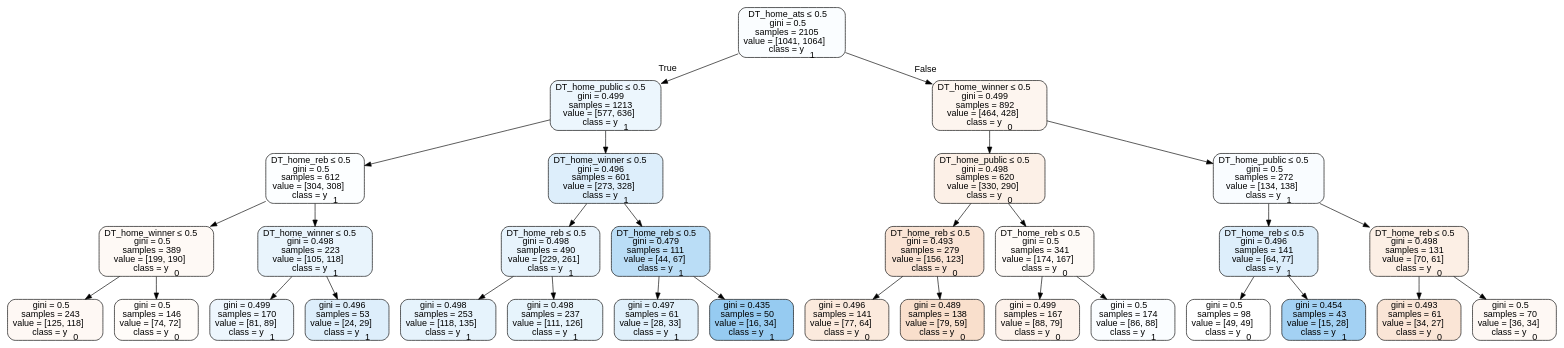
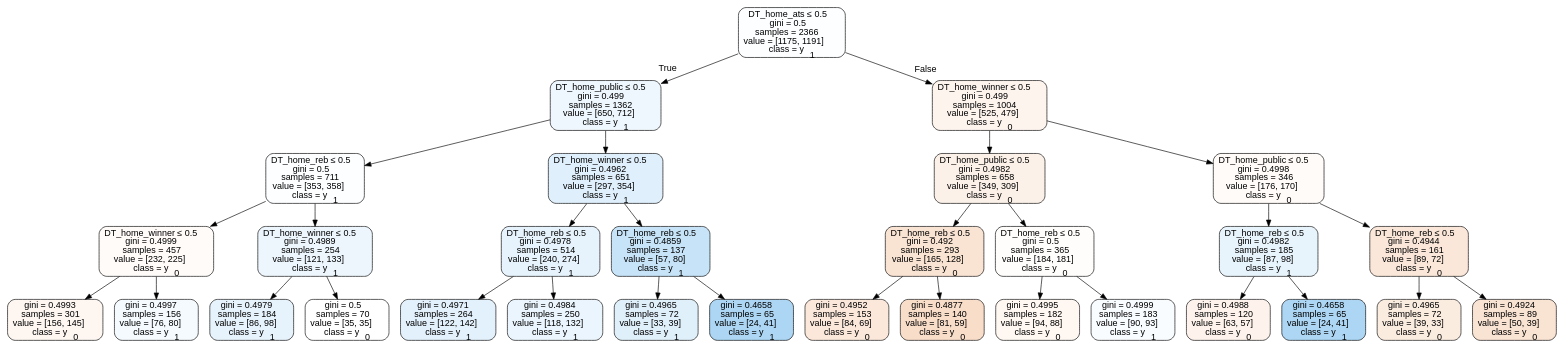
The diagram in Basketball/data/trees/tree2017neutral.dot (usbogie/ncaa-bets), drawn with Graphviz before and after one commit. The commit also changed 47 other files, not shown here.

```diff
--- a/Basketball/data/trees/tree2017neutral.dot
+++ b/Basketball/data/trees/tree2017neutral.dot
@@ -1,65 +1,65 @@
 digraph Tree {
 node [shape=box, style="filled, rounded", color="black", fontname=helvetica] ;
 edge [fontname=helvetica] ;
-0 [label=<DT_home_ats &le; 0.5<br/>gini = 0.5<br/>samples = 2105<br/>value = [1041, 1064]<br/>class = y<SUB>1</SUB>>, fillcolor="#399de506"] ;
-1 [label=<DT_home_public &le; 0.5<br/>gini = 0.499<br/>samples = 1213<br/>value = [577, 636]<br/>class = y<SUB>1</SUB>>, fillcolor="#399de518"] ;
+0 [label=<DT_home_ats &le; 0.5<br/>gini = 0.5<br/>samples = 2366<br/>value = [1175, 1191]<br/>class = y<SUB>1</SUB>>, fillcolor="#399de503"] ;
+1 [label=<DT_home_public &le; 0.5<br/>gini = 0.499<br/>samples = 1362<br/>value = [650, 712]<br/>class = y<SUB>1</SUB>>, fillcolor="#399de516"] ;
 0 -> 1 [labeldistance=2.5, labelangle=45, headlabel="True"] ;
-2 [label=<DT_home_reb &le; 0.5<br/>gini = 0.5<br/>samples = 612<br/>value = [304, 308]<br/>class = y<SUB>1</SUB>>, fillcolor="#399de503"] ;
+2 [label=<DT_home_reb &le; 0.5<br/>gini = 0.5<br/>samples = 711<br/>value = [353, 358]<br/>class = y<SUB>1</SUB>>, fillcolor="#399de504"] ;
 1 -> 2 ;
-3 [label=<DT_home_winner &le; 0.5<br/>gini = 0.5<br/>samples = 389<br/>value = [199, 190]<br/>class = y<SUB>0</SUB>>, fillcolor="#e581390c"] ;
+3 [label=<DT_home_winner &le; 0.5<br/>gini = 0.4999<br/>samples = 457<br/>value = [232, 225]<br/>class = y<SUB>0</SUB>>, fillcolor="#e5813908"] ;
 2 -> 3 ;
-4 [label=<gini = 0.5<br/>samples = 243<br/>value = [125, 118]<br/>class = y<SUB>0</SUB>>, fillcolor="#e581390e"] ;
+4 [label=<gini = 0.4993<br/>samples = 301<br/>value = [156, 145]<br/>class = y<SUB>0</SUB>>, fillcolor="#e5813912"] ;
 3 -> 4 ;
-5 [label=<gini = 0.5<br/>samples = 146<br/>value = [74, 72]<br/>class = y<SUB>0</SUB>>, fillcolor="#e5813907"] ;
+5 [label=<gini = 0.4997<br/>samples = 156<br/>value = [76, 80]<br/>class = y<SUB>1</SUB>>, fillcolor="#399de50d"] ;
 3 -> 5 ;
-6 [label=<DT_home_winner &le; 0.5<br/>gini = 0.498<br/>samples = 223<br/>value = [105, 118]<br/>class = y<SUB>1</SUB>>, fillcolor="#399de51c"] ;
+6 [label=<DT_home_winner &le; 0.5<br/>gini = 0.4989<br/>samples = 254<br/>value = [121, 133]<br/>class = y<SUB>1</SUB>>, fillcolor="#399de517"] ;
 2 -> 6 ;
-7 [label=<gini = 0.499<br/>samples = 170<br/>value = [81, 89]<br/>class = y<SUB>1</SUB>>, fillcolor="#399de517"] ;
+7 [label=<gini = 0.4979<br/>samples = 184<br/>value = [86, 98]<br/>class = y<SUB>1</SUB>>, fillcolor="#399de51f"] ;
 6 -> 7 ;
-8 [label=<gini = 0.496<br/>samples = 53<br/>value = [24, 29]<br/>class = y<SUB>1</SUB>>, fillcolor="#399de52c"] ;
+8 [label=<gini = 0.5<br/>samples = 70<br/>value = [35, 35]<br/>class = y<SUB>0</SUB>>, fillcolor="#e5813900"] ;
 6 -> 8 ;
-9 [label=<DT_home_winner &le; 0.5<br/>gini = 0.496<br/>samples = 601<br/>value = [273, 328]<br/>class = y<SUB>1</SUB>>, fillcolor="#399de52b"] ;
+9 [label=<DT_home_winner &le; 0.5<br/>gini = 0.4962<br/>samples = 651<br/>value = [297, 354]<br/>class = y<SUB>1</SUB>>, fillcolor="#399de529"] ;
 1 -> 9 ;
-10 [label=<DT_home_reb &le; 0.5<br/>gini = 0.498<br/>samples = 490<br/>value = [229, 261]<br/>class = y<SUB>1</SUB>>, fillcolor="#399de51f"] ;
+10 [label=<DT_home_reb &le; 0.5<br/>gini = 0.4978<br/>samples = 514<br/>value = [240, 274]<br/>class = y<SUB>1</SUB>>, fillcolor="#399de520"] ;
 9 -> 10 ;
-11 [label=<gini = 0.498<br/>samples = 253<br/>value = [118, 135]<br/>class = y<SUB>1</SUB>>, fillcolor="#399de520"] ;
+11 [label=<gini = 0.4971<br/>samples = 264<br/>value = [122, 142]<br/>class = y<SUB>1</SUB>>, fillcolor="#399de524"] ;
 10 -> 11 ;
-12 [label=<gini = 0.498<br/>samples = 237<br/>value = [111, 126]<br/>class = y<SUB>1</SUB>>, fillcolor="#399de51e"] ;
+12 [label=<gini = 0.4984<br/>samples = 250<br/>value = [118, 132]<br/>class = y<SUB>1</SUB>>, fillcolor="#399de51b"] ;
 10 -> 12 ;
-13 [label=<DT_home_reb &le; 0.5<br/>gini = 0.479<br/>samples = 111<br/>value = [44, 67]<br/>class = y<SUB>1</SUB>>, fillcolor="#399de558"] ;
+13 [label=<DT_home_reb &le; 0.5<br/>gini = 0.4859<br/>samples = 137<br/>value = [57, 80]<br/>class = y<SUB>1</SUB>>, fillcolor="#399de549"] ;
 9 -> 13 ;
-14 [label=<gini = 0.497<br/>samples = 61<br/>value = [28, 33]<br/>class = y<SUB>1</SUB>>, fillcolor="#399de527"] ;
+14 [label=<gini = 0.4965<br/>samples = 72<br/>value = [33, 39]<br/>class = y<SUB>1</SUB>>, fillcolor="#399de527"] ;
 13 -> 14 ;
-15 [label=<gini = 0.435<br/>samples = 50<br/>value = [16, 34]<br/>class = y<SUB>1</SUB>>, fillcolor="#399de587"] ;
+15 [label=<gini = 0.4658<br/>samples = 65<br/>value = [24, 41]<br/>class = y<SUB>1</SUB>>, fillcolor="#399de56a"] ;
 13 -> 15 ;
-16 [label=<DT_home_winner &le; 0.5<br/>gini = 0.499<br/>samples = 892<br/>value = [464, 428]<br/>class = y<SUB>0</SUB>>, fillcolor="#e5813914"] ;
+16 [label=<DT_home_winner &le; 0.5<br/>gini = 0.499<br/>samples = 1004<br/>value = [525, 479]<br/>class = y<SUB>0</SUB>>, fillcolor="#e5813916"] ;
 0 -> 16 [labeldistance=2.5, labelangle=-45, headlabel="False"] ;
-17 [label=<DT_home_public &le; 0.5<br/>gini = 0.498<br/>samples = 620<br/>value = [330, 290]<br/>class = y<SUB>0</SUB>>, fillcolor="#e581391f"] ;
+17 [label=<DT_home_public &le; 0.5<br/>gini = 0.4982<br/>samples = 658<br/>value = [349, 309]<br/>class = y<SUB>0</SUB>>, fillcolor="#e581391d"] ;
 16 -> 17 ;
-18 [label=<DT_home_reb &le; 0.5<br/>gini = 0.493<br/>samples = 279<br/>value = [156, 123]<br/>class = y<SUB>0</SUB>>, fillcolor="#e5813936"] ;
+18 [label=<DT_home_reb &le; 0.5<br/>gini = 0.492<br/>samples = 293<br/>value = [165, 128]<br/>class = y<SUB>0</SUB>>, fillcolor="#e5813939"] ;
 17 -> 18 ;
-19 [label=<gini = 0.496<br/>samples = 141<br/>value = [77, 64]<br/>class = y<SUB>0</SUB>>, fillcolor="#e581392b"] ;
+19 [label=<gini = 0.4952<br/>samples = 153<br/>value = [84, 69]<br/>class = y<SUB>0</SUB>>, fillcolor="#e581392e"] ;
 18 -> 19 ;
-20 [label=<gini = 0.489<br/>samples = 138<br/>value = [79, 59]<br/>class = y<SUB>0</SUB>>, fillcolor="#e5813941"] ;
+20 [label=<gini = 0.4877<br/>samples = 140<br/>value = [81, 59]<br/>class = y<SUB>0</SUB>>, fillcolor="#e5813945"] ;
 18 -> 20 ;
-21 [label=<DT_home_reb &le; 0.5<br/>gini = 0.5<br/>samples = 341<br/>value = [174, 167]<br/>class = y<SUB>0</SUB>>, fillcolor="#e581390a"] ;
+21 [label=<DT_home_reb &le; 0.5<br/>gini = 0.5<br/>samples = 365<br/>value = [184, 181]<br/>class = y<SUB>0</SUB>>, fillcolor="#e5813904"] ;
 17 -> 21 ;
-22 [label=<gini = 0.499<br/>samples = 167<br/>value = [88, 79]<br/>class = y<SUB>0</SUB>>, fillcolor="#e581391a"] ;
+22 [label=<gini = 0.4995<br/>samples = 182<br/>value = [94, 88]<br/>class = y<SUB>0</SUB>>, fillcolor="#e5813910"] ;
 21 -> 22 ;
-23 [label=<gini = 0.5<br/>samples = 174<br/>value = [86, 88]<br/>class = y<SUB>1</SUB>>, fillcolor="#399de506"] ;
+23 [label=<gini = 0.4999<br/>samples = 183<br/>value = [90, 93]<br/>class = y<SUB>1</SUB>>, fillcolor="#399de508"] ;
 21 -> 23 ;
-24 [label=<DT_home_public &le; 0.5<br/>gini = 0.5<br/>samples = 272<br/>value = [134, 138]<br/>class = y<SUB>1</SUB>>, fillcolor="#399de507"] ;
+24 [label=<DT_home_public &le; 0.5<br/>gini = 0.4998<br/>samples = 346<br/>value = [176, 170]<br/>class = y<SUB>0</SUB>>, fillcolor="#e5813909"] ;
 16 -> 24 ;
-25 [label=<DT_home_reb &le; 0.5<br/>gini = 0.496<br/>samples = 141<br/>value = [64, 77]<br/>class = y<SUB>1</SUB>>, fillcolor="#399de52b"] ;
+25 [label=<DT_home_reb &le; 0.5<br/>gini = 0.4982<br/>samples = 185<br/>value = [87, 98]<br/>class = y<SUB>1</SUB>>, fillcolor="#399de51d"] ;
 24 -> 25 ;
-26 [label=<gini = 0.5<br/>samples = 98<br/>value = [49, 49]<br/>class = y<SUB>0</SUB>>, fillcolor="#e5813900"] ;
+26 [label=<gini = 0.4988<br/>samples = 120<br/>value = [63, 57]<br/>class = y<SUB>0</SUB>>, fillcolor="#e5813918"] ;
 25 -> 26 ;
-27 [label=<gini = 0.454<br/>samples = 43<br/>value = [15, 28]<br/>class = y<SUB>1</SUB>>, fillcolor="#399de576"] ;
+27 [label=<gini = 0.4658<br/>samples = 65<br/>value = [24, 41]<br/>class = y<SUB>1</SUB>>, fillcolor="#399de56a"] ;
 25 -> 27 ;
-28 [label=<DT_home_reb &le; 0.5<br/>gini = 0.498<br/>samples = 131<br/>value = [70, 61]<br/>class = y<SUB>0</SUB>>, fillcolor="#e5813921"] ;
+28 [label=<DT_home_reb &le; 0.5<br/>gini = 0.4944<br/>samples = 161<br/>value = [89, 72]<br/>class = y<SUB>0</SUB>>, fillcolor="#e5813931"] ;
 24 -> 28 ;
-29 [label=<gini = 0.493<br/>samples = 61<br/>value = [34, 27]<br/>class = y<SUB>0</SUB>>, fillcolor="#e5813934"] ;
+29 [label=<gini = 0.4965<br/>samples = 72<br/>value = [39, 33]<br/>class = y<SUB>0</SUB>>, fillcolor="#e5813927"] ;
 28 -> 29 ;
-30 [label=<gini = 0.5<br/>samples = 70<br/>value = [36, 34]<br/>class = y<SUB>0</SUB>>, fillcolor="#e581390e"] ;
+30 [label=<gini = 0.4924<br/>samples = 89<br/>value = [50, 39]<br/>class = y<SUB>0</SUB>>, fillcolor="#e5813938"] ;
 28 -> 30 ;
 }
```
